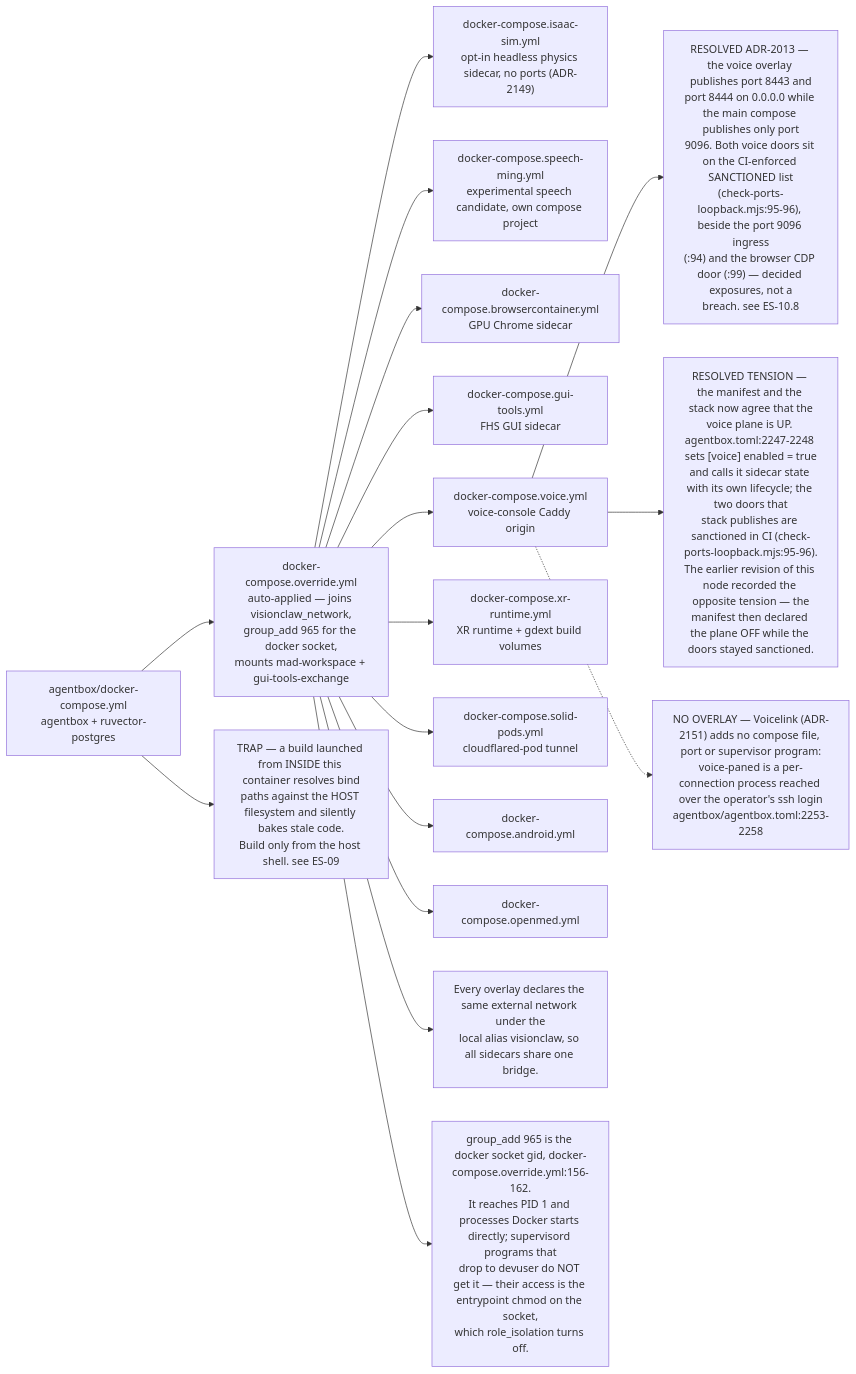
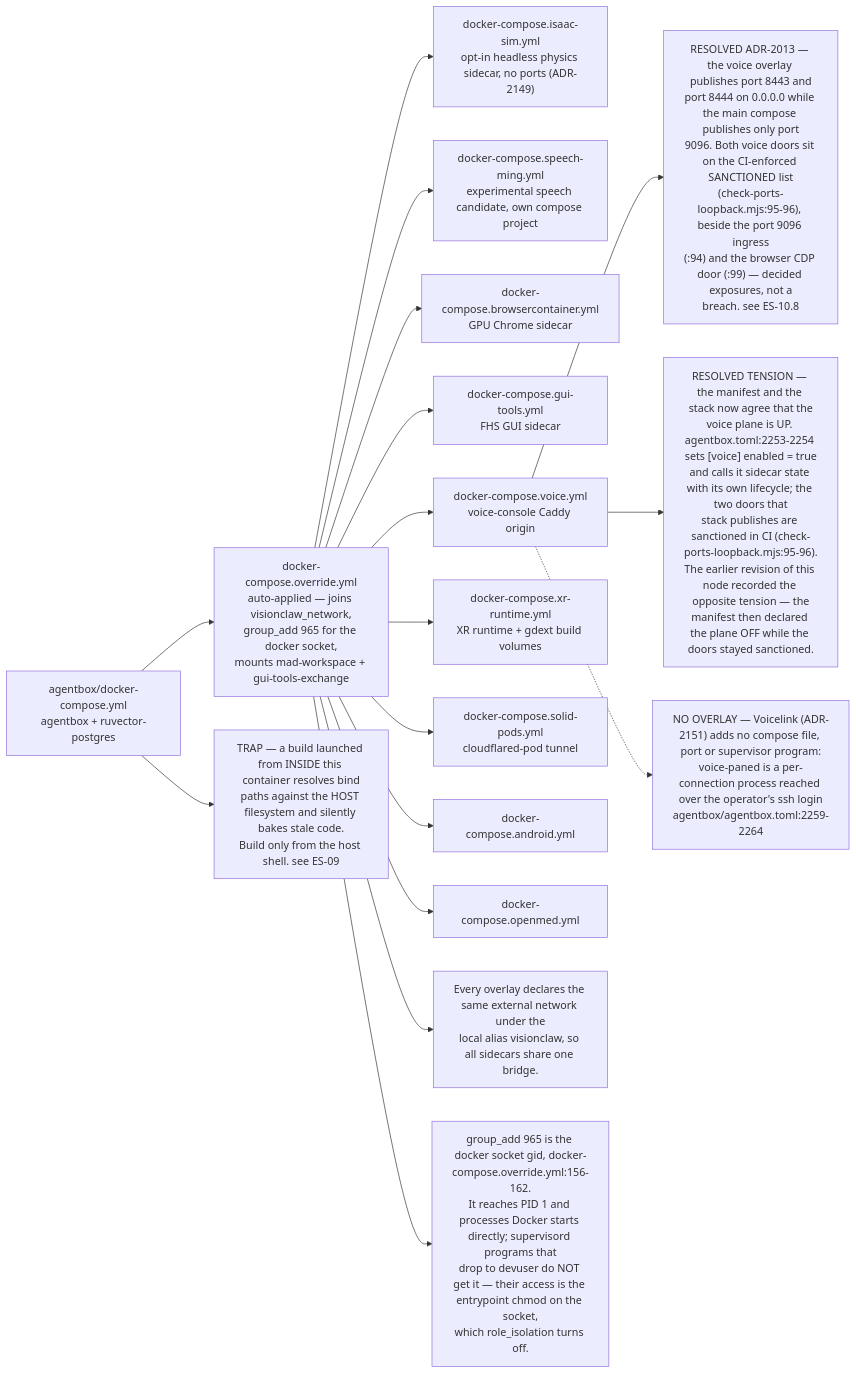
Before and after one commit to DreamLab-AI/VisionFlow: the fifth of 8 diagrams in docs/diagrams/estate/01-estate-topology.md, drawn with Mermaid. The commit also changed other lines of this file and 49 other files, not shown here.

First line of the commit message:
docs(diagrams): re-derive and re-stamp VisionClaw, estate, knowledge-graph, visionGraph, VisionFlow and sidestr topics

````diff
--- a/docs/diagrams/estate/01-estate-topology.md
+++ b/docs/diagrams/estate/01-estate-topology.md
@@ -229,40 +229,40 @@
 ```mermaid
 flowchart LR
     BASE["agentbox/docker-compose.yml<br/>agentbox + ruvector-postgres"]
     OV["docker-compose.override.yml<br/>auto-applied — joins visionclaw_network,<br/>group_add 965 for the docker socket,<br/>mounts mad-workspace + gui-tools-exchange"]
     ISF["docker-compose.isaac-sim.yml<br/>opt-in headless physics sidecar, no ports (ADR-2149)"]
     SMF["docker-compose.speech-ming.yml<br/>experimental speech candidate, own compose project"]
     BCF["docker-compose.browsercontainer.yml<br/>GPU Chrome sidecar"]
     GTF["docker-compose.gui-tools.yml<br/>FHS GUI sidecar"]
     VF["docker-compose.voice.yml<br/>voice-console Caddy origin"]
     XF["docker-compose.xr-runtime.yml<br/>XR runtime + gdext build volumes"]
     SPF["docker-compose.solid-pods.yml<br/>cloudflared-pod tunnel"]
     ANF["docker-compose.android.yml"]
     OMF["docker-compose.openmed.yml"]
 
     BASE --> OV
     OV --> BCF
     OV --> GTF
     OV --> VF
     OV --> XF
     OV --> SPF
     OV --> ANF
     OV --> OMF
     OV --> ISF
     OV --> SMF
 
     N1["Every overlay declares the same external network under the<br/>local alias visionclaw, so all sidecars share one bridge."]
     N2["group_add 965 is the docker socket gid, docker-compose.override.yml:156-162.<br/>It reaches PID 1 and processes Docker starts directly; supervisord programs that<br/>drop to devuser do NOT get it — their access is the entrypoint chmod on the socket,<br/>which role_isolation turns off."]
     D1["RESOLVED ADR-2013 — the voice overlay publishes port 8443 and<br/>port 8444 on 0.0.0.0 while the main compose publishes only port<br/>9096. Both voice doors sit on the CI-enforced SANCTIONED list<br/>(check-ports-loopback.mjs:95-96), beside the port 9096 ingress<br/>(:94) and the browser CDP door (:99) — decided exposures, not a<br/>breach. see ES-10.8"]
-    D3["RESOLVED TENSION — the manifest and the stack now agree that the<br/>voice plane is UP. agentbox.toml:2247-2248 sets [voice] enabled = true<br/>and calls it sidecar state with its own lifecycle; the two doors that<br/>stack publishes are sanctioned in CI (check-ports-loopback.mjs:95-96).<br/>The earlier revision of this node recorded the opposite tension — the<br/>manifest then declared the plane OFF while the doors stayed sanctioned."]
+    D3["RESOLVED TENSION — the manifest and the stack now agree that the<br/>voice plane is UP. agentbox.toml:2253-2254 sets [voice] enabled = true<br/>and calls it sidecar state with its own lifecycle; the two doors that<br/>stack publishes are sanctioned in CI (check-ports-loopback.mjs:95-96).<br/>The earlier revision of this node recorded the opposite tension — the<br/>manifest then declared the plane OFF while the doors stayed sanctioned."]
     D2["TRAP — a build launched from INSIDE this container resolves bind<br/>paths against the HOST filesystem and silently bakes stale code.<br/>Build only from the host shell. see ES-09"]
 
-    VL["NO OVERLAY — Voicelink (ADR-2151) adds no compose file, port or supervisor program:<br/>voice-paned is a per-connection process reached over the operator's ssh login<br/>agentbox/agentbox.toml:2253-2258"]
+    VL["NO OVERLAY — Voicelink (ADR-2151) adds no compose file, port or supervisor program:<br/>voice-paned is a per-connection process reached over the operator's ssh login<br/>agentbox/agentbox.toml:2259-2264"]
 
     OV --> N1
     OV --> N2
     VF --> D1
     VF --> D3
     BASE --> D2
     VF -.-> VL
 ```
````
